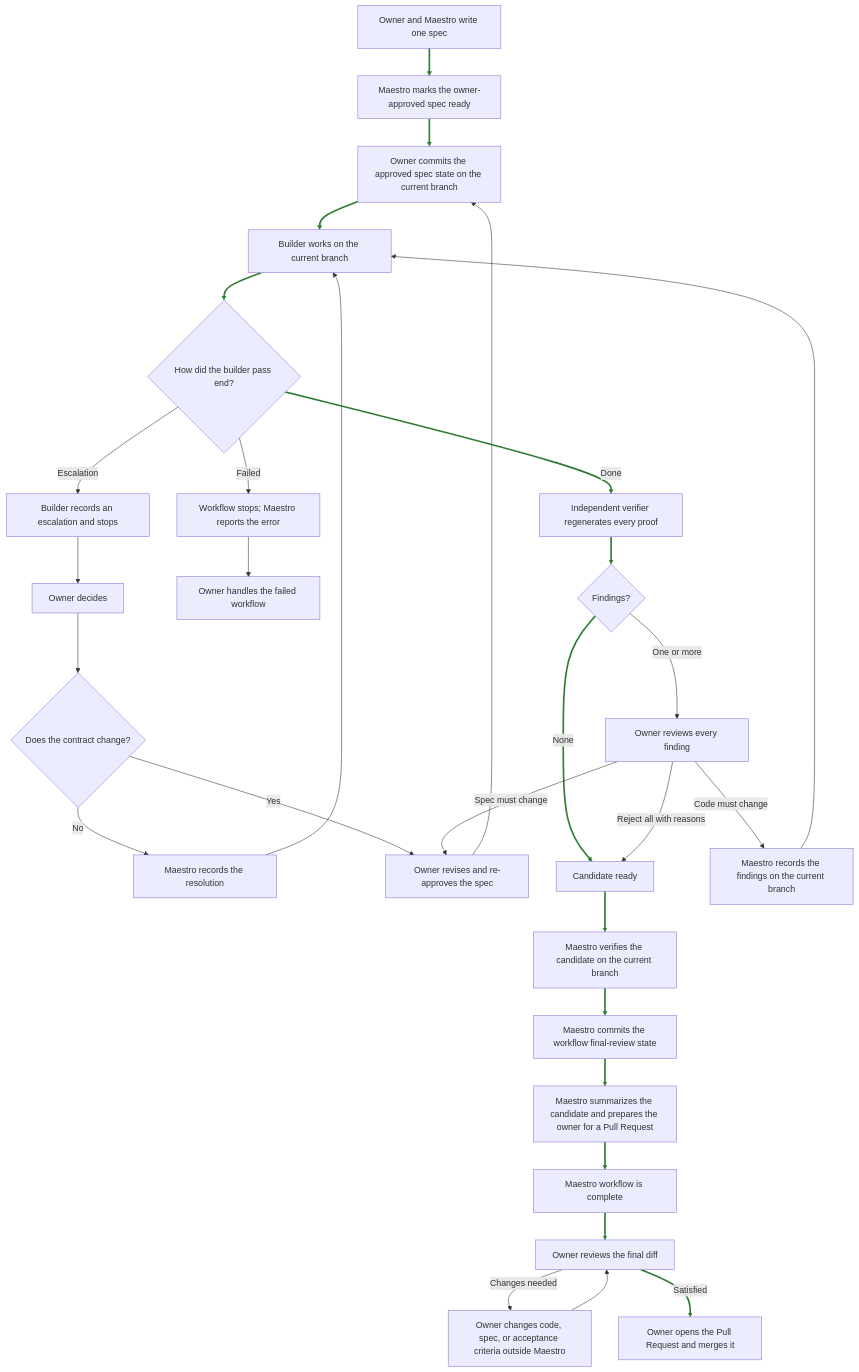
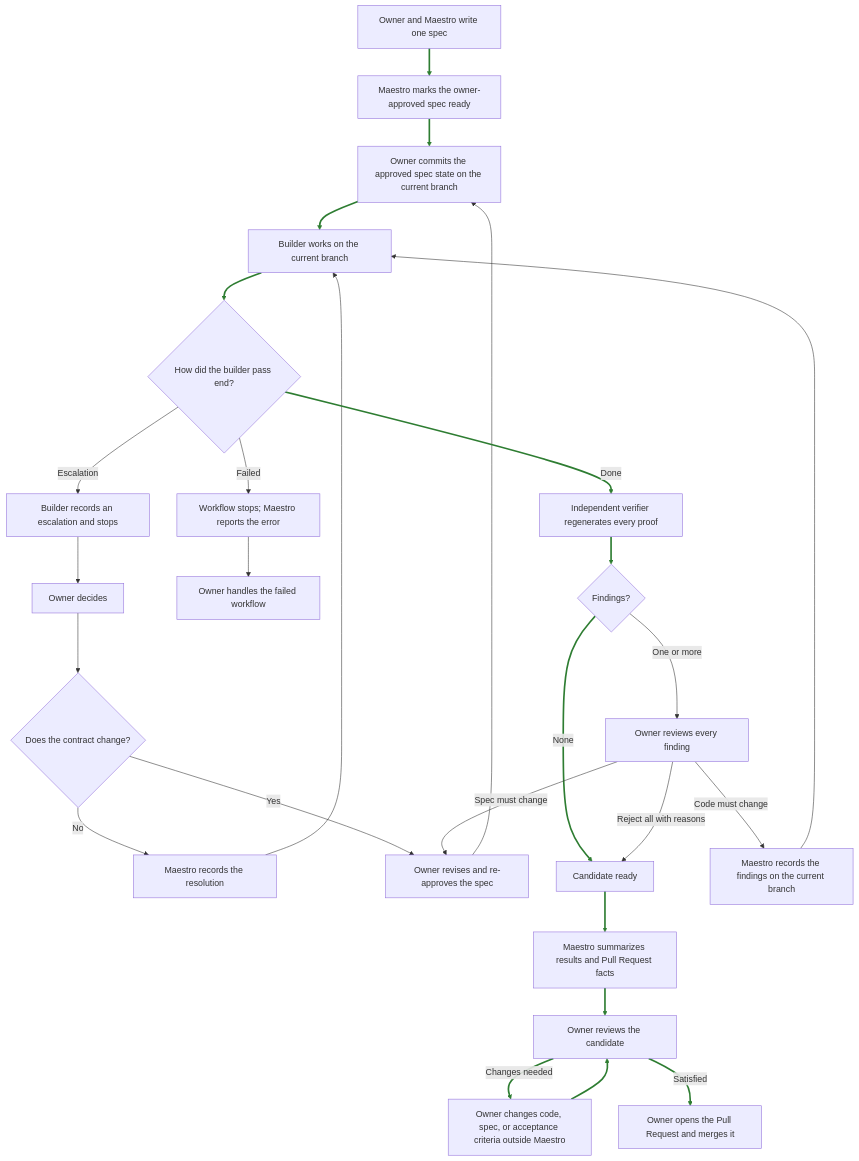
Before and after one commit to emilioSp/pi-maestro: the diagram in plan.md, drawn with Mermaid. The commit also changed other lines of this file and 31 other files, not shown here.

````diff
--- a/plan.md
+++ b/plan.md
@@ -692,48 +690,45 @@
 ```mermaid
 flowchart TD
     spec[Owner and Maestro write one spec]
     ready[Maestro marks the owner-approved spec ready]
     approval[Owner commits the approved spec state on the current branch]
     build[Builder works on the current branch]
     buildOutcome{How did the builder pass end?}
 
     spec --> ready
     ready --> approval
     approval --> build
     build --> buildOutcome
 
     buildOutcome -->|Escalation| escalation[Builder records an escalation and stops]
     escalation --> ownerAnswer[Owner decides]
     ownerAnswer --> escalationOutcome{Does the contract change?}
     escalationOutcome -->|No| recordContinue[Maestro records the resolution]
     recordContinue --> build
     escalationOutcome -->|Yes| reviseSpec[Owner revises and re-approves the spec]
     reviseSpec --> approval
 
     buildOutcome -->|Failed| builderFailed[Workflow stops; Maestro reports the error]
     builderFailed --> manualAbandon[Owner handles the failed workflow]
 
     buildOutcome -->|Done| verify[Independent verifier regenerates every proof]
     verify --> findings{Findings?}
 
     findings -->|None| candidate[Candidate ready]
     findings -->|One or more| ownerFindings[Owner reviews every finding]
 
     ownerFindings -->|Reject all with reasons| candidate
     ownerFindings -->|Code must change| returnBuilder[Maestro records the findings on the current branch]
     returnBuilder --> build
 
     ownerFindings -->|Spec must change| reviseSpec
 
-    candidate --> staged[Maestro verifies the candidate on the current branch]
-    staged --> finalState[Maestro commits the workflow final-review state]
-    finalState --> finalSummary[Maestro summarizes the candidate and prepares the owner for a Pull Request]
-    finalSummary --> workflowDone[Maestro workflow is complete]
-    workflowDone --> humanReview[Owner reviews the final diff]
+    candidate --> summary[Maestro summarizes results and Pull Request facts]
+    summary --> humanReview[Owner reviews the candidate]
 
     humanReview -->|Changes needed| adjust[Owner changes code, spec, or acceptance criteria outside Maestro]
     adjust --> humanReview
     humanReview -->|Satisfied| finalCommit[Owner opens the Pull Request and merges it]
 
-    linkStyle 0,1,2,3,13,14,15,21,22,23,24,25,28 stroke:#2e7d32,stroke-width:3px
+    linkStyle 0,1,2,3,13,14,15,21,22,23,24,25 stroke:#2e7d32,stroke-width:3px
 ```
````
